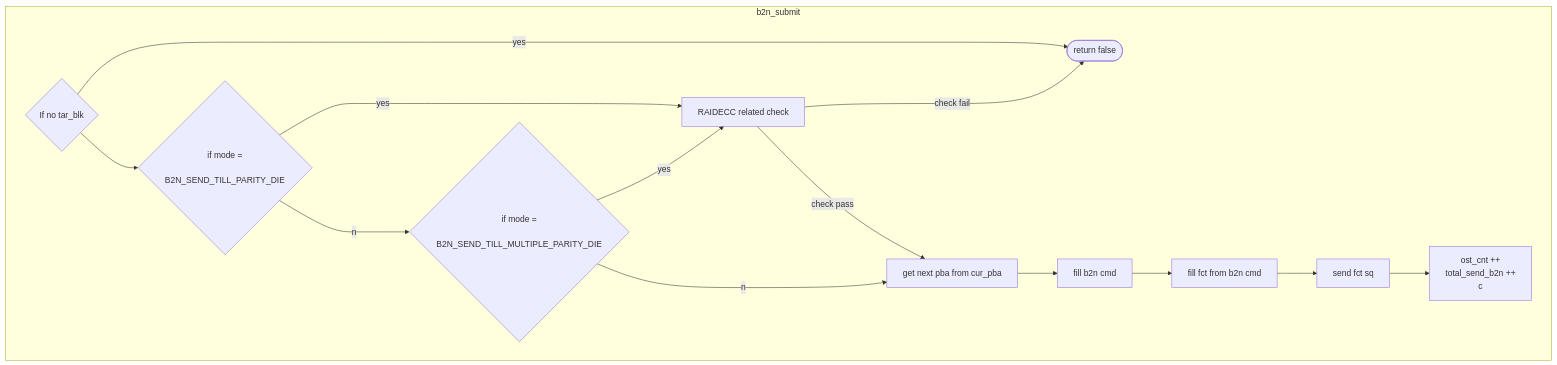
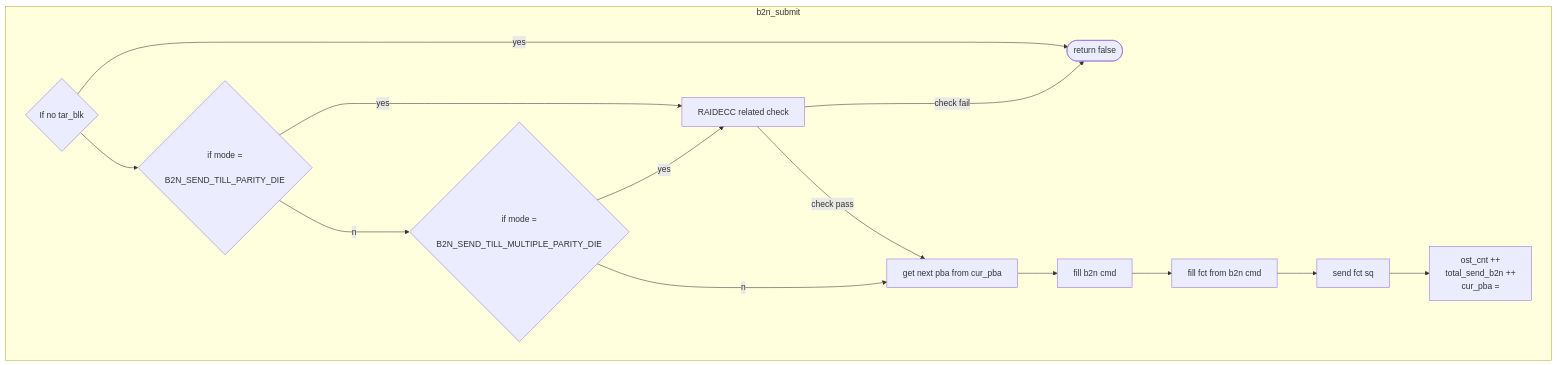
Before and after one commit to jenny112646/iodraw-files: the diagram in all/未命名-2.md, drawn with Mermaid.

Commit message:
2024-06-07 11:04:51 update

````diff
--- a/all/未命名-2.md
+++ b/all/未命名-2.md
@@ -1,22 +1,22 @@
 ```mermaid
 flowchart TD
 subgraph b2n_submit
     direction LR
     c1{"If no tar_blk"} --yes--> c2([return false])
     c1 --> c3{"if mode =
     B2N_SEND_TILL_PARITY_DIE"}
     c3 --yes--> c4["RAIDECC related check"]
     c3 --no--> c5{"if mode =
     B2N_SEND_TILL_MULTIPLE_PARITY_DIE"}
     c5 --yes--> c4["RAIDECC related check"]
     c5 --no--> c6["get next pba from cur_pba"]
     c4 --"check fail"---> c2
     c4 --"check pass"--> c6
     c6 --> c7["fill b2n cmd"]
     c7 --> c8["fill fct from b2n cmd"]
     c8 --> c9["send fct sq"]
     c9 --> c10["ost_cnt ++
     total_send_b2n ++
-    c"]
+    cur_pba = "]
 end
 ```
````
